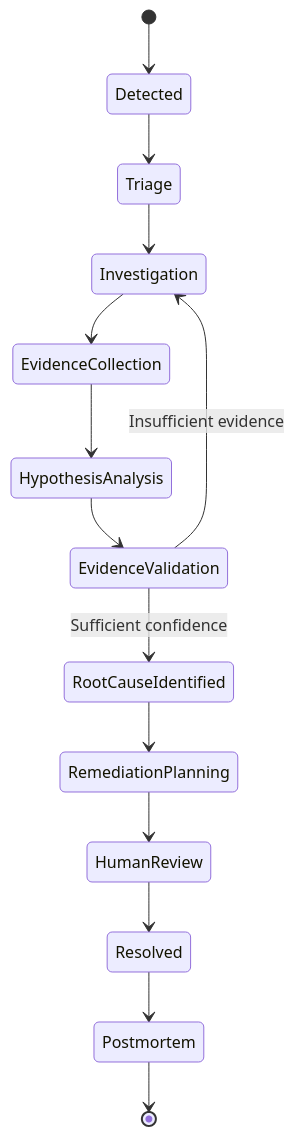
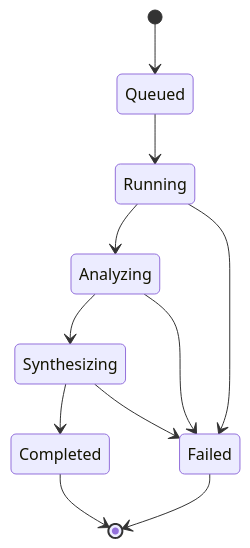
Before and after one commit to ShaliniKashyap717/IncidentForge: the sixth of 8 diagrams in README.md, drawn with Mermaid. The commit also changed other lines of this file and 17 other files, not shown here.

````diff
--- a/README.md
+++ b/README.md
@@ -538,27 +388,20 @@
 ```mermaid
 stateDiagram-v2
 
-    [*] --> Detected
+    [*] --> Queued
 
-    Detected --> Triage
+    Queued --> Running
 
-    Triage --> Investigation
+    Running --> Analyzing
 
-    Investigation --> EvidenceCollection
+    Analyzing --> Synthesizing
 
-    EvidenceCollection --> HypothesisAnalysis
+    Synthesizing --> Completed
 
-    HypothesisAnalysis --> EvidenceValidation
+    Running --> Failed
+    Analyzing --> Failed
+    Synthesizing --> Failed
 
-    EvidenceValidation --> Investigation: Insufficient evidence
-    EvidenceValidation --> RootCauseIdentified: Sufficient confidence
-
-    RootCauseIdentified --> RemediationPlanning
-
-    RemediationPlanning --> HumanReview
-
-    HumanReview --> Resolved
-    Resolved --> Postmortem
-
-    Postmortem --> [*]
+    Completed --> [*]
+    Failed --> [*]
 ```
````
